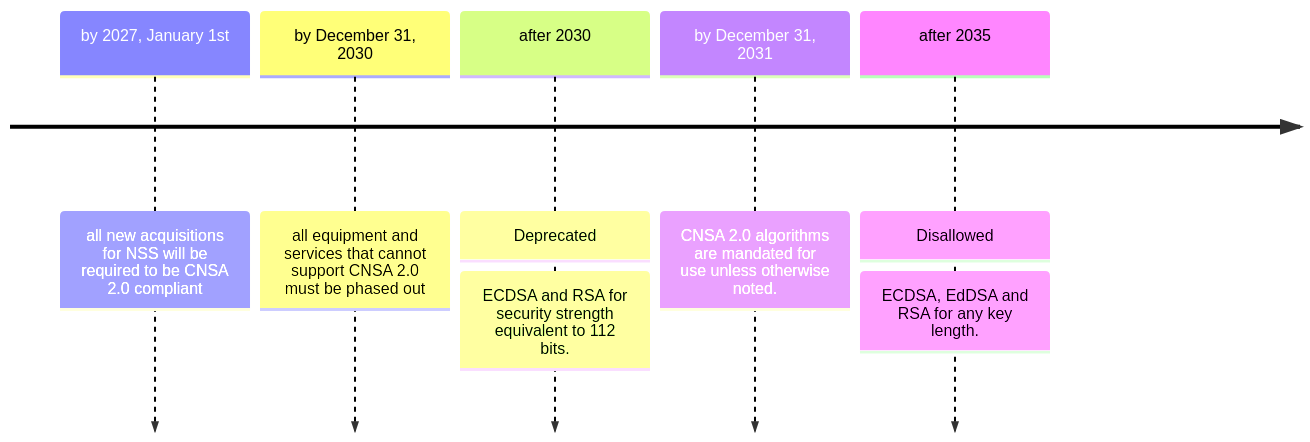
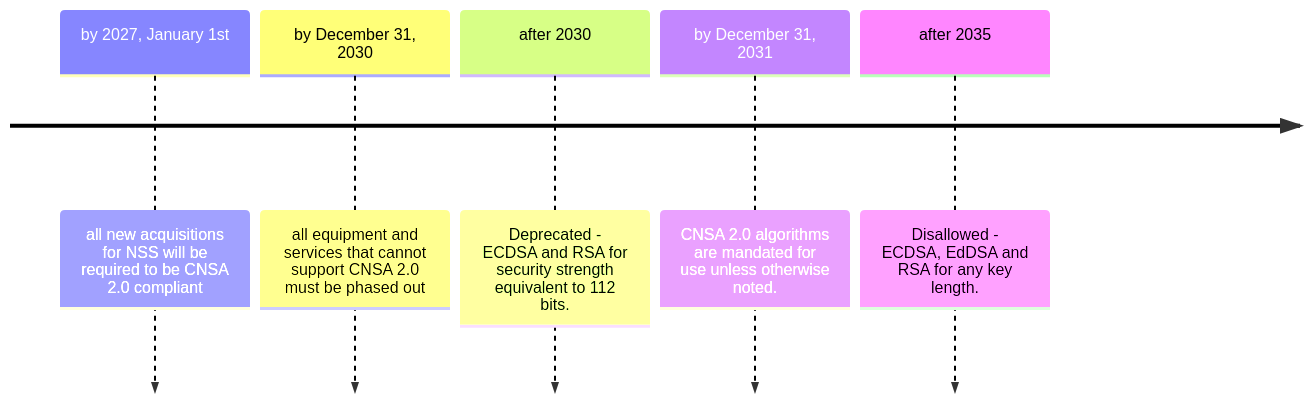
The diagram in content/kb/compliance/NIST.md (aleph-fbk/pqc-kb), drawn with Mermaid before and after one commit.

````diff
--- a/content/kb/compliance/NIST.md
+++ b/content/kb/compliance/NIST.md
@@ -8,8 +8,8 @@
 ```mermaid
 timeline
     by 2027, January 1st    : all new acquisitions for NSS will be required to be CNSA 2.0 compliant
     by December 31, 2030    : all equipment and services that cannot support CNSA 2.0 must be phased out
-    after 2030              : Deprecated: ECDSA and RSA for security strength equivalent to 112 bits.
+    after 2030              : Deprecated - ECDSA and RSA for security strength equivalent to 112 bits.
     by December 31, 2031    : CNSA 2.0 algorithms are mandated for use unless otherwise noted.
-    after 2035              : Disallowed: ECDSA, EdDSA and RSA for any key length.
+    after 2035              : Disallowed - ECDSA, EdDSA and RSA for any key length.
 ```
````
